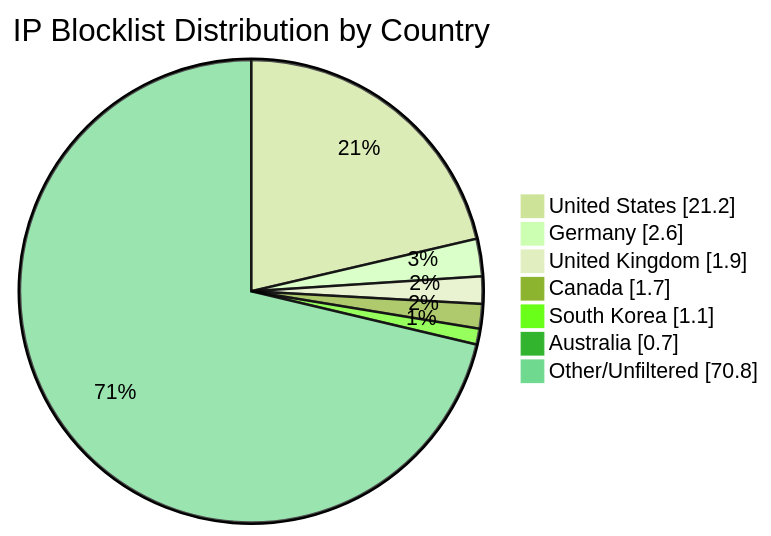
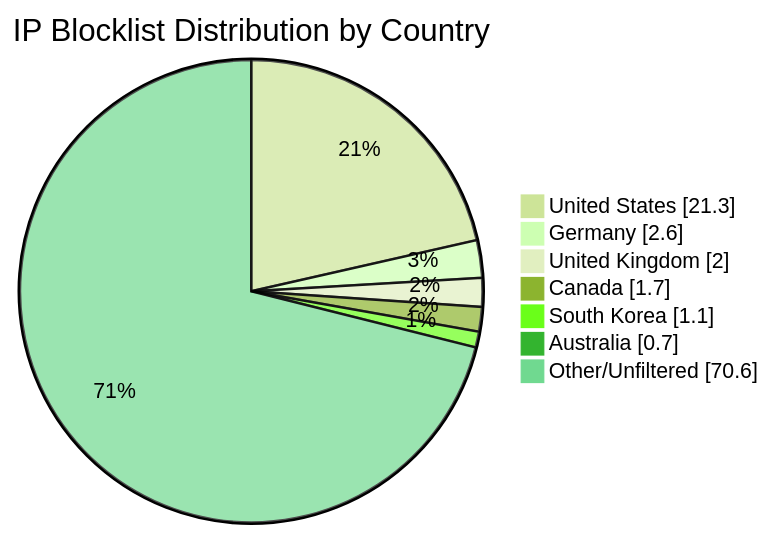
Before and after one commit to MarcusHoltz/ipblocklist-geofiltered-aggregator: the diagram in README.md, drawn with Mermaid (forest theme). The commit also changed other lines of this file and 9 other files, not shown here.

````diff
--- a/README.md
+++ b/README.md
@@ -34,10 +34,10 @@
 ```mermaid
 pie showData title IP Blocklist Distribution by Country
-"United States" : 21.2
+"United States" : 21.3
 "Germany" : 2.6
-"United Kingdom" : 1.9
+"United Kingdom" : 2.0
 "Canada" : 1.7
 "South Korea" : 1.1
 "Australia" : 0.7
-"Other/Unfiltered" : 70.8
+"Other/Unfiltered" : 70.6
 ```
````
